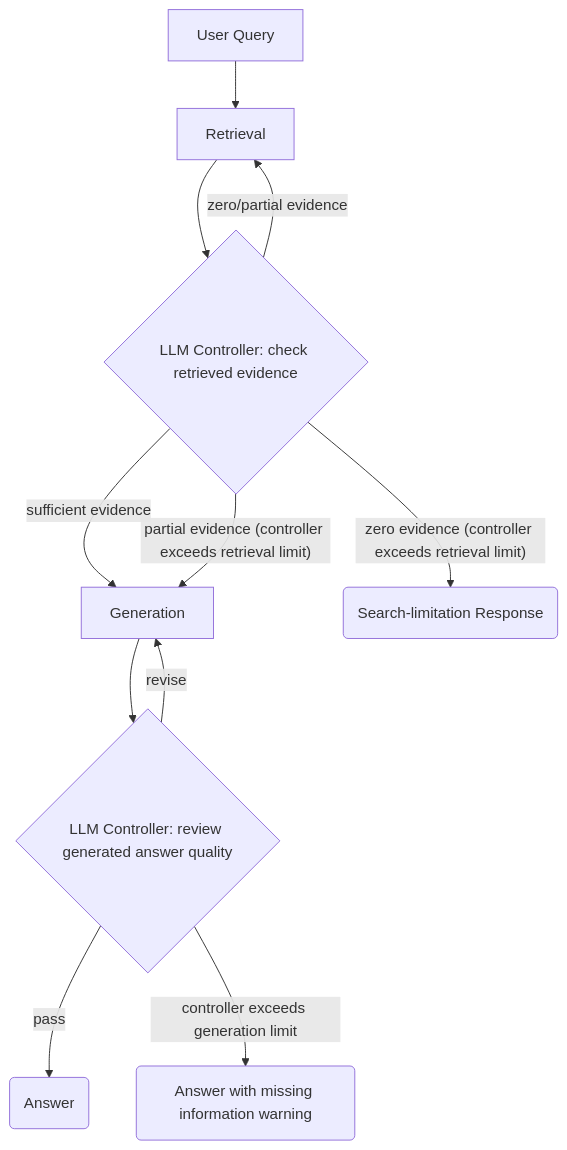
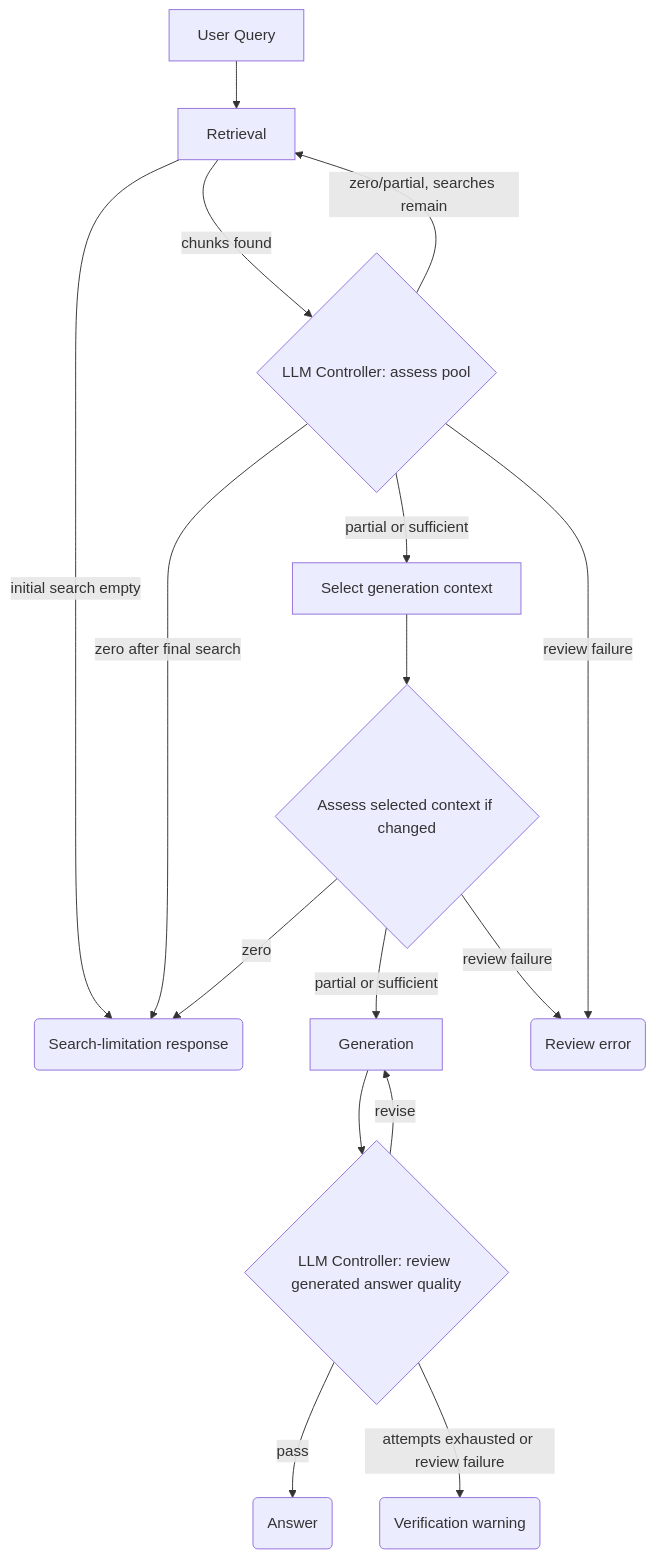
The second of 2 diagrams in README.md (StevenHuang41/RAG-based_notes_helper), drawn with Mermaid before and after one commit. The commit also changed other lines of this file and 5 other files, not shown here.

````diff
--- a/README.md
+++ b/README.md
@@ -302,13 +302,18 @@
 ```mermaid
 flowchart TD
     Q[User Query] --> R[Retrieval]
-    R --> CR{"LLM Controller: check retrieved evidence"}
-    CR -->|sufficient evidence| G[Generation]
-    CR -->|zero/partial evidence| R
-    CR -->|"zero evidence (controller exceeds retrieval limit)"| A3(Search-limitation Response)
-    CR -->|"partial evidence (controller exceeds retrieval limit)"| G
+    R -->|initial search empty| A3(Search-limitation response)
+    R -->|chunks found| CR{"LLM Controller: assess pool"}
+    CR -->|zero/partial, searches remain| R
+    CR -->|zero after final search| A3
+    CR -->|partial or sufficient| S[Select generation context]
+    S --> CS{"Assess selected context if changed"}
+    CS -->|zero| A3
+    CS -->|partial or sufficient| G[Generation]
+    CR -->|review failure| E(Review error)
+    CS -->|review failure| E
     G --> CA{"LLM Controller: review generated answer quality"}
     CA -->|revise| G
     CA -->|pass| A1(Answer)
-    CA -->|controller exceeds generation limit| A2(Answer with missing information warning)
+    CA -->|attempts exhausted or review failure| A2(Verification warning)
 ```
````
